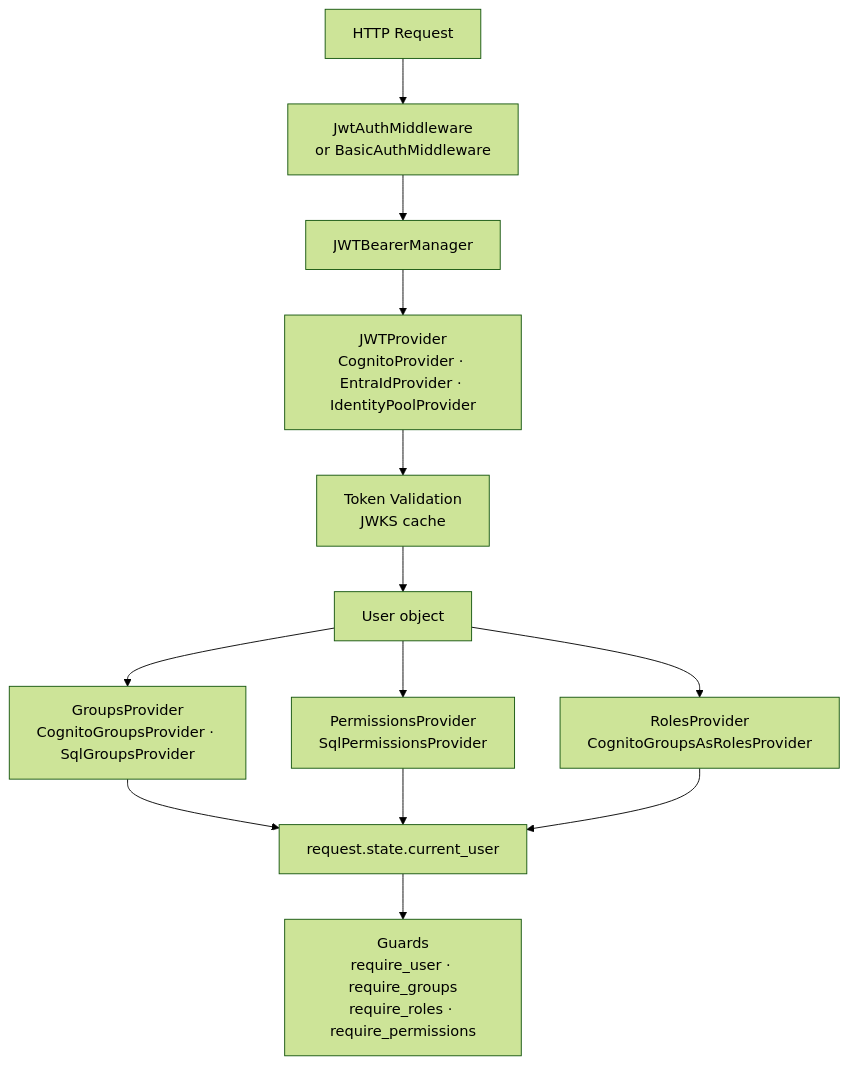
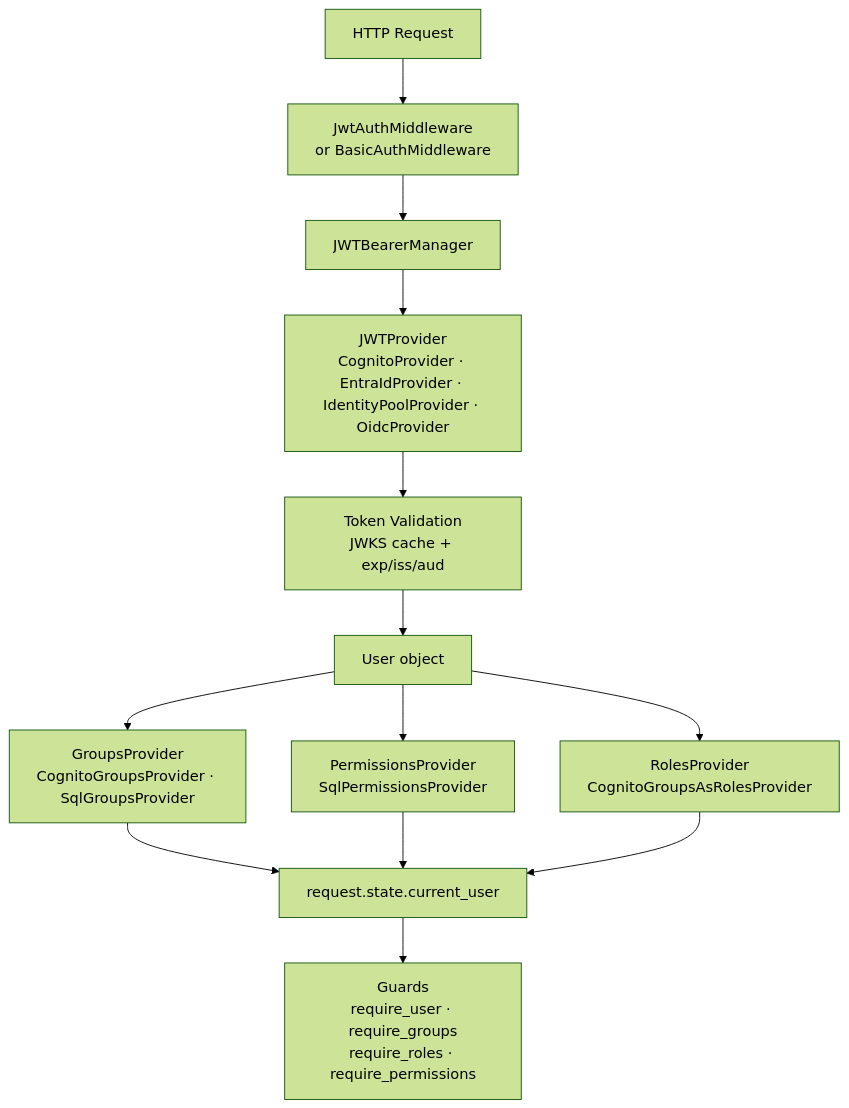
The diagram in README.md (impalah/auth-middleware), drawn with Mermaid (forest theme) before and after one commit. The commit also changed other lines of this file and 45 other files, not shown here.

````diff
--- a/README.md
+++ b/README.md
@@ -270,15 +299,15 @@
 ```mermaid
 graph TD
     A[HTTP Request] --> B[JwtAuthMiddleware\nor BasicAuthMiddleware]
     B --> C[JWTBearerManager]
-    C --> D[JWTProvider\nCognitoProvider · EntraIdProvider · IdentityPoolProvider]
-    D --> E[Token Validation\nJWKS cache]
+    C --> D[JWTProvider\nCognitoProvider · EntraIdProvider · IdentityPoolProvider · OidcProvider]
+    D --> E[Token Validation\nJWKS cache + exp/iss/aud]
     E --> F[User object]
     F --> G[GroupsProvider\nCognitoGroupsProvider · SqlGroupsProvider]
     F --> H[PermissionsProvider\nSqlPermissionsProvider]
     F --> I[RolesProvider\nCognitoGroupsAsRolesProvider]
     G --> J[request.state.current_user]
     H --> J
     I --> J
     J --> K[Guards\nrequire_user · require_groups\nrequire_roles · require_permissions]
 ```
````
